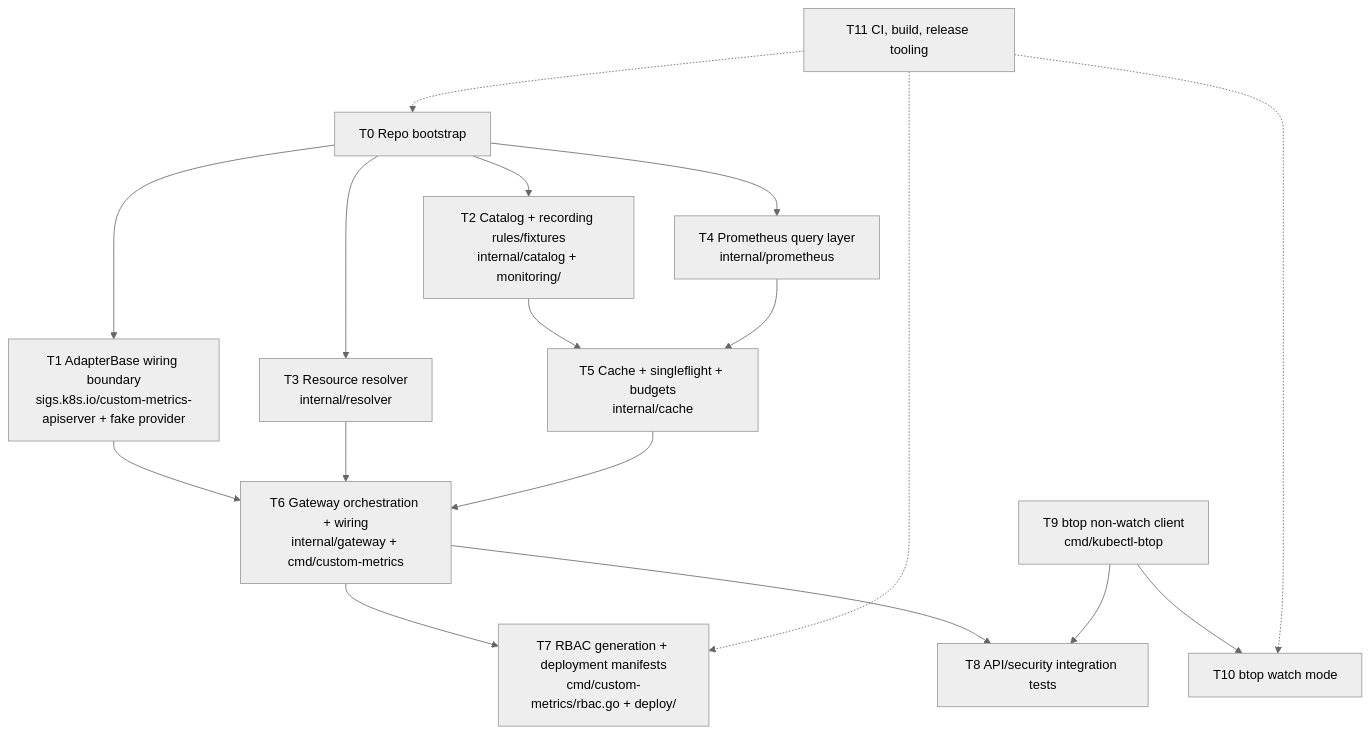
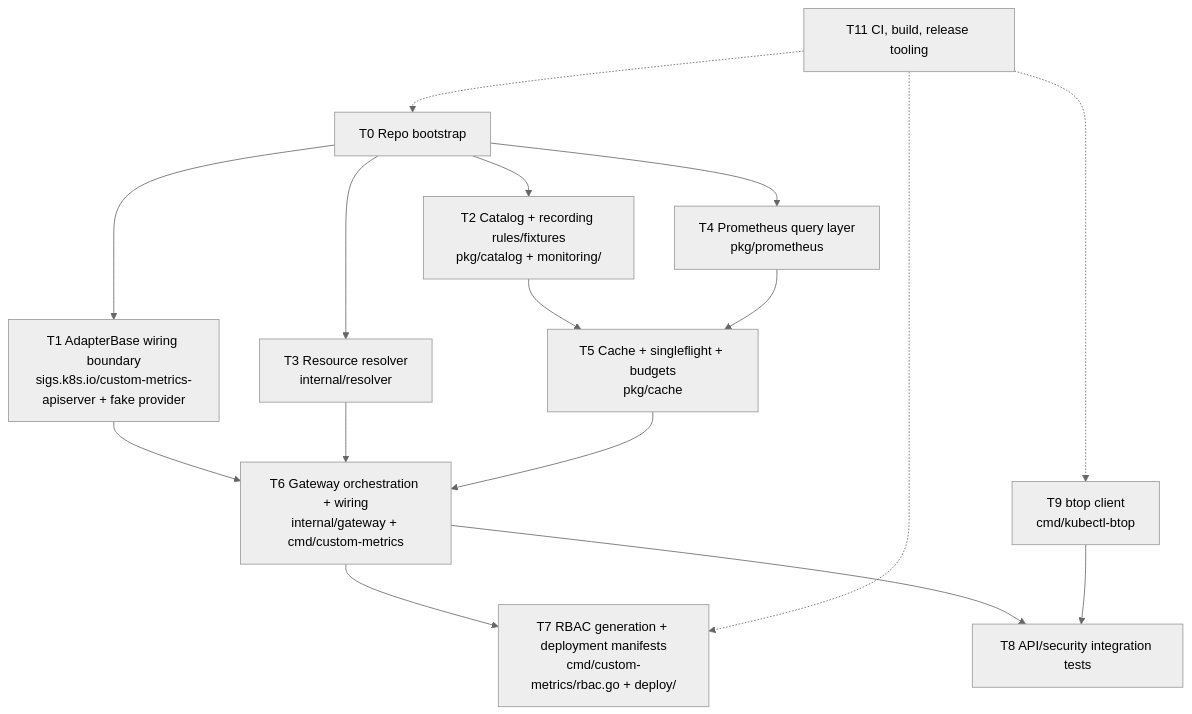
Before and after one commit to sergelogvinov/kubernetes-custom-metrics: the diagram in docs/plan.md, drawn with Mermaid (neutral theme). The commit also changed other lines of this file and 41 other files, not shown here.

````diff
--- a/docs/plan.md
+++ b/docs/plan.md
@@ -15,26 +15,24 @@
 ```mermaid
 flowchart TD
     T0[T0 Repo bootstrap] --> T1
     T0 --> T2
     T0 --> T3
     T0 --> T4
 
     T1[T1 AdapterBase wiring boundary<br/>sigs.k8s.io/custom-metrics-apiserver + fake provider] --> T6
-    T2[T2 Catalog + recording rules/fixtures<br/>internal/catalog + monitoring/] --> T5
+    T2[T2 Catalog + recording rules/fixtures<br/>pkg/catalog + monitoring/] --> T5
     T3[T3 Resource resolver<br/>internal/resolver] --> T6
-    T4[T4 Prometheus query layer<br/>internal/prometheus] --> T5
-    T5[T5 Cache + singleflight + budgets<br/>internal/cache] --> T6
+    T4[T4 Prometheus query layer<br/>pkg/prometheus] --> T5
+    T5[T5 Cache + singleflight + budgets<br/>pkg/cache] --> T6
     T6[T6 Gateway orchestration + wiring<br/>internal/gateway + cmd/custom-metrics] --> T7
     T6 --> T8
 
     T7[T7 RBAC generation + deployment manifests<br/>cmd/custom-metrics/rbac.go + deploy/]
     T8[T8 API/security integration tests]
 
-    T9[T9 btop non-watch client<br/>cmd/kubectl-btop] --> T10
-    T9 --> T8
-    T10[T10 btop watch mode]
+    T9[T9 btop client<br/>cmd/kubectl-btop] --> T8
 
     T11[T11 CI, build, release tooling] -.-> T0
     T11 -.-> T7
-    T11 -.-> T10
+    T11 -.-> T9
 ```
````
